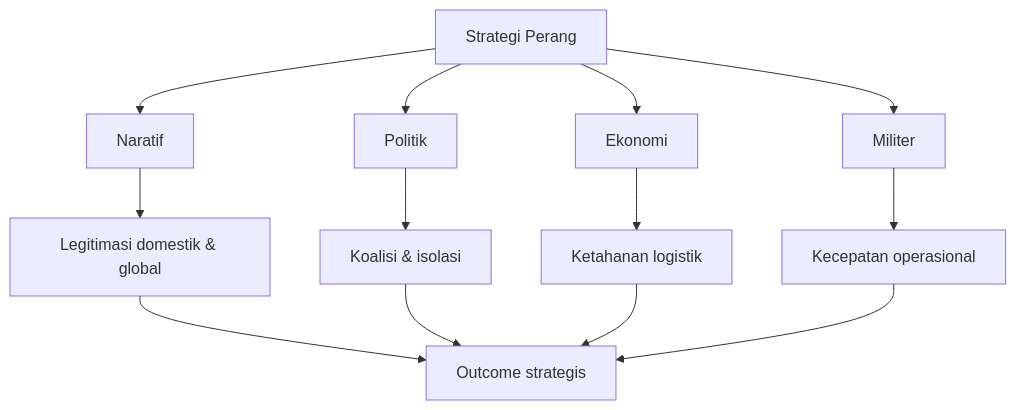
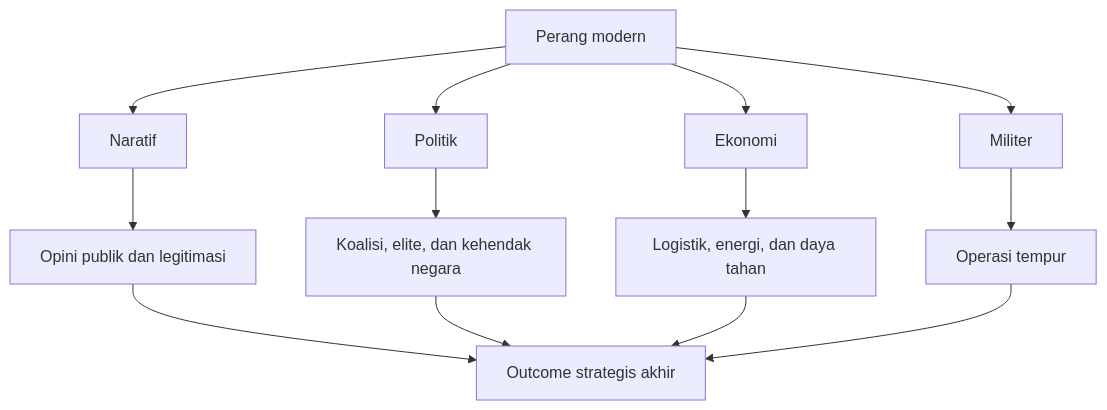
Before and after one commit to dwirx/BangunAI-Blog: the sixth of 8 diagrams in src/content/articles/game-theory-law-of-escalation-us-iran-war-esok-sekarang-mengeja-eskalasi-strategi-geopolitik.mdx, drawn with Mermaid. The commit also changed other lines of this file, not shown here.

````diff
--- a/src/content/articles/game-theory-law-of-escalation-us-iran-war-esok-sekarang-mengeja-eskalasi-strategi-geopolitik.mdx
+++ b/src/content/articles/game-theory-law-of-escalation-us-iran-war-esok-sekarang-mengeja-eskalasi-strategi-geopolitik.mdx
@@ -206,15 +299,15 @@
 ```mermaid
 flowchart TB
-    X[Strategi Perang] --> N1[Naratif]
+    X[Perang modern] --> N1[Naratif]
     X --> N2[Politik]
     X --> N3[Ekonomi]
     X --> N4[Militer]
-    N1 --> Y1[Legitimasi domestik & global]
-    N2 --> Y2[Koalisi & isolasi]
-    N3 --> Y3[Ketahanan logistik]
-    N4 --> Y4[Kecepatan operasional]
-    Y1 --> Z[Outcome strategis]
+    N1 --> Y1[Opini publik dan legitimasi]
+    N2 --> Y2[Koalisi, elite, dan kehendak negara]
+    N3 --> Y3[Logistik, energi, dan daya tahan]
+    N4 --> Y4[Operasi tempur]
+    Y1 --> Z[Outcome strategis akhir]
     Y2 --> Z
     Y3 --> Z
     Y4 --> Z
 ```
````
